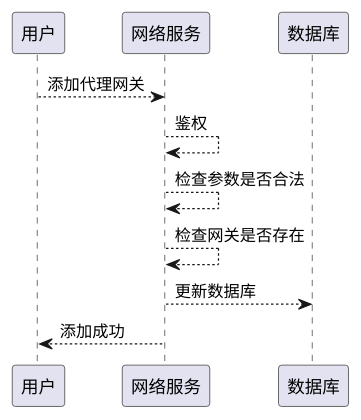
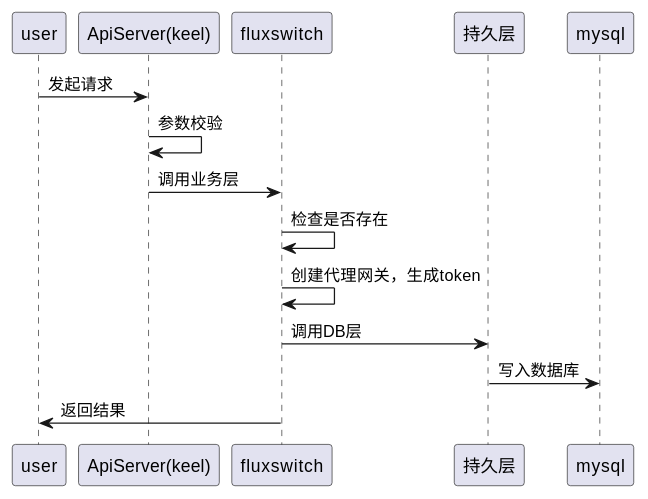
One commit to tkeel-io/docs changed the first of 12 diagrams in docs/api/appendix/plantuml/fluxswitch.md. Above: the diagram before and after it, drawn with PlantUML. The commit also changed other lines of this file and 2 other files, not shown here.

Commit message:
feat: update plugin manager uml & fluxswicth manager

````diff
--- a/docs/api/appendix/plantuml/fluxswitch.md
+++ b/docs/api/appendix/plantuml/fluxswitch.md
@@ -7,14 +7,20 @@
 ```plantuml
+@startuml
 
-participant "用户" as user
-participant "网络服务" as fluxswitch
-participant "数据库"  as db
+participant "user" as user
+participant "ApiServer(keel)" as keel
+participant "fluxswitch" as fluxswitch
+participant "持久层" as dblayer
+participant "mysql" as mysql
 
-user --> fluxswitch : 添加代理网关
-fluxswitch --> fluxswitch : 鉴权
-fluxswitch --> fluxswitch : 检查参数是否合法
-fluxswitch --> fluxswitch : 检查网关是否存在
-fluxswitch --> db : 更新数据库
-fluxswitch --> user : 添加成功
 
+user -> keel : 发起请求
+keel -> keel : 参数校验 
+keel -> fluxswitch : 调用业务层
+fluxswitch -> fluxswitch: 检查是否存在
+fluxswitch -> fluxswitch: 创建代理网关，生成token
+fluxswitch -> dblayer : 调用DB层
+dblayer -> mysql : 写入数据库
+fluxswitch -> user : 返回结果
+@enduml
 ```
````
